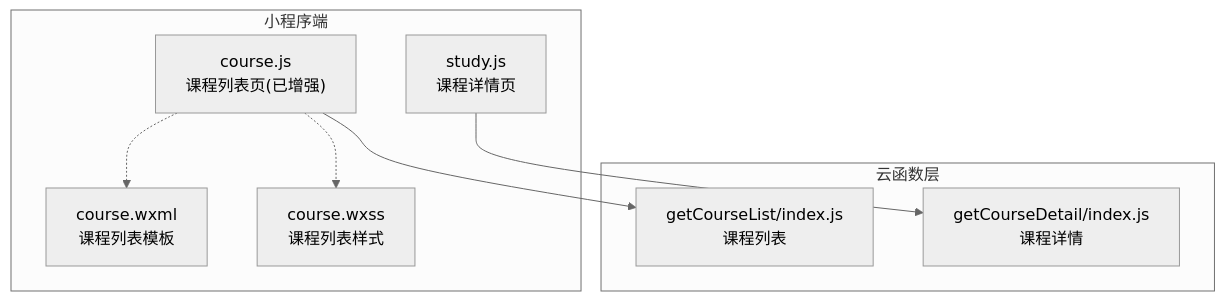
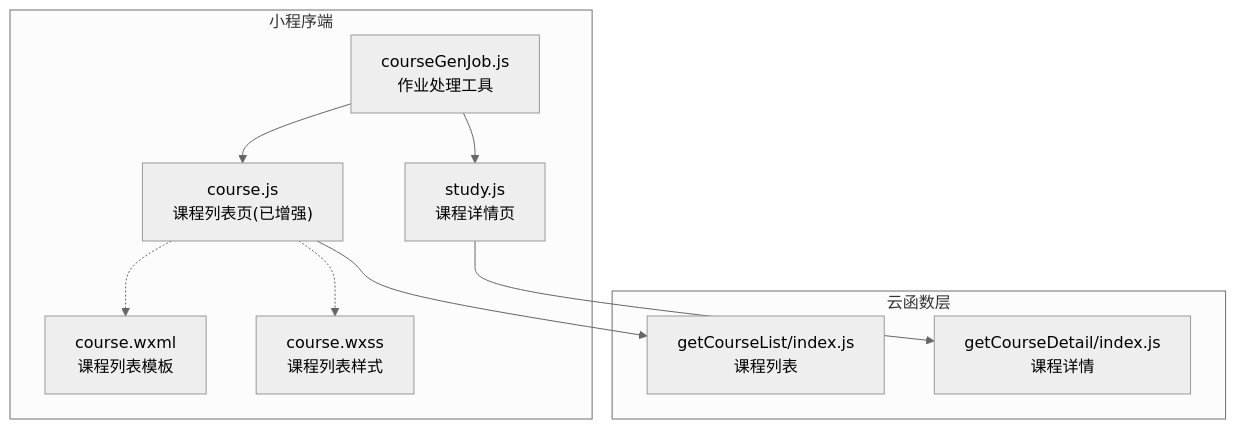
Before and after one commit to cwb7756/bio: the first of 6 diagrams in .qoder/repowiki/zh/content/核心功能模块/课程学习系统/课程管理模块.md, drawn with Mermaid (neutral theme). The commit also changed other lines of this file and 35 other files, not shown here.

````diff
--- a/.qoder/repowiki/zh/content/核心功能模块/课程学习系统/课程管理模块.md
+++ b/.qoder/repowiki/zh/content/核心功能模块/课程学习系统/课程管理模块.md
@@ -46,17 +48,20 @@
 ```mermaid
 graph TB
 subgraph "小程序端"
 C["course.js<br/>课程列表页(已增强)"]
 CWXML["course.wxml<br/>课程列表模板"]
 CWSS["course.wxss<br/>课程列表样式"]
 S["study.js<br/>课程详情页"]
+CGJ["courseGenJob.js<br/>作业处理工具"]
 end
 subgraph "云函数层"
 L["getCourseList/index.js<br/>课程列表"]
 D["getCourseDetail/index.js<br/>课程详情"]
 end
 C --> L
 S --> D
 C -.-> CWXML
 C -.-> CWSS
+CGJ --> C
+CGJ --> S
 ```
````
